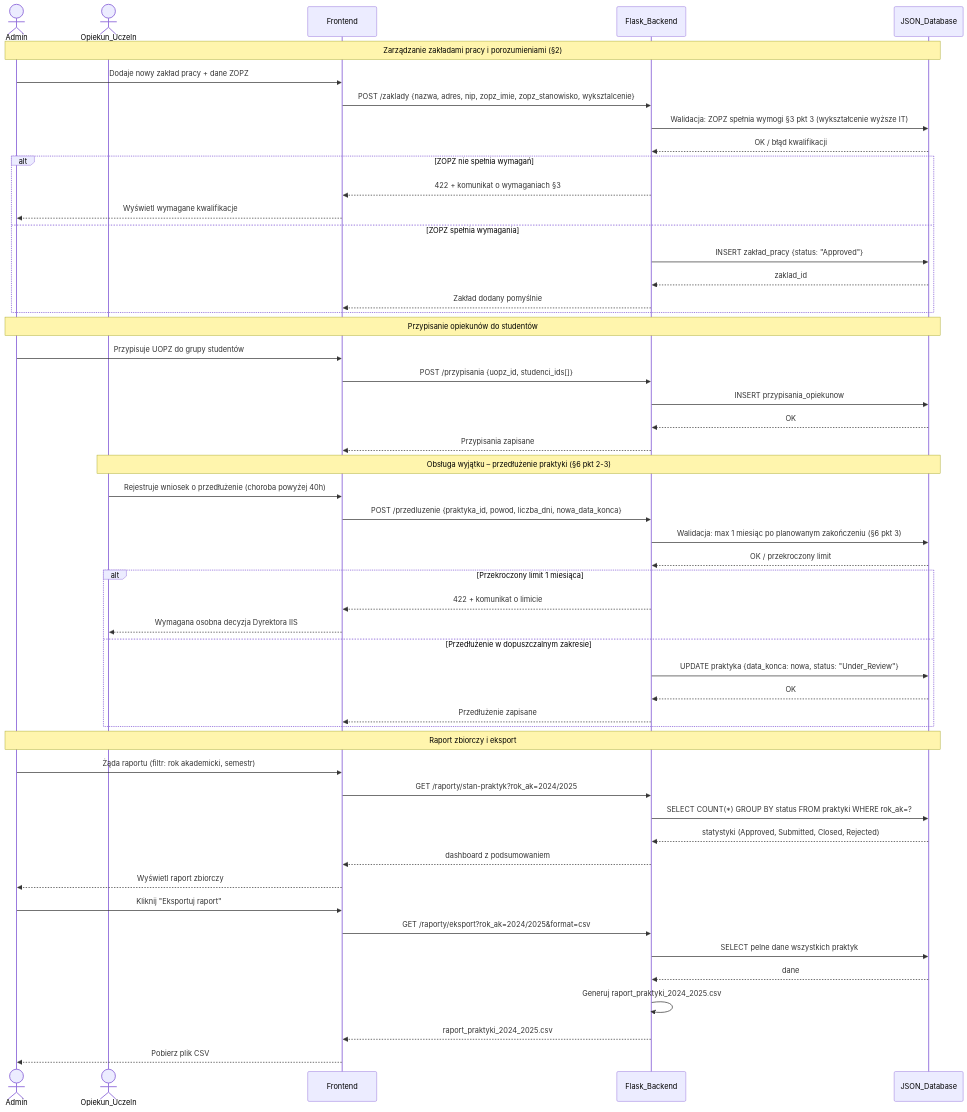
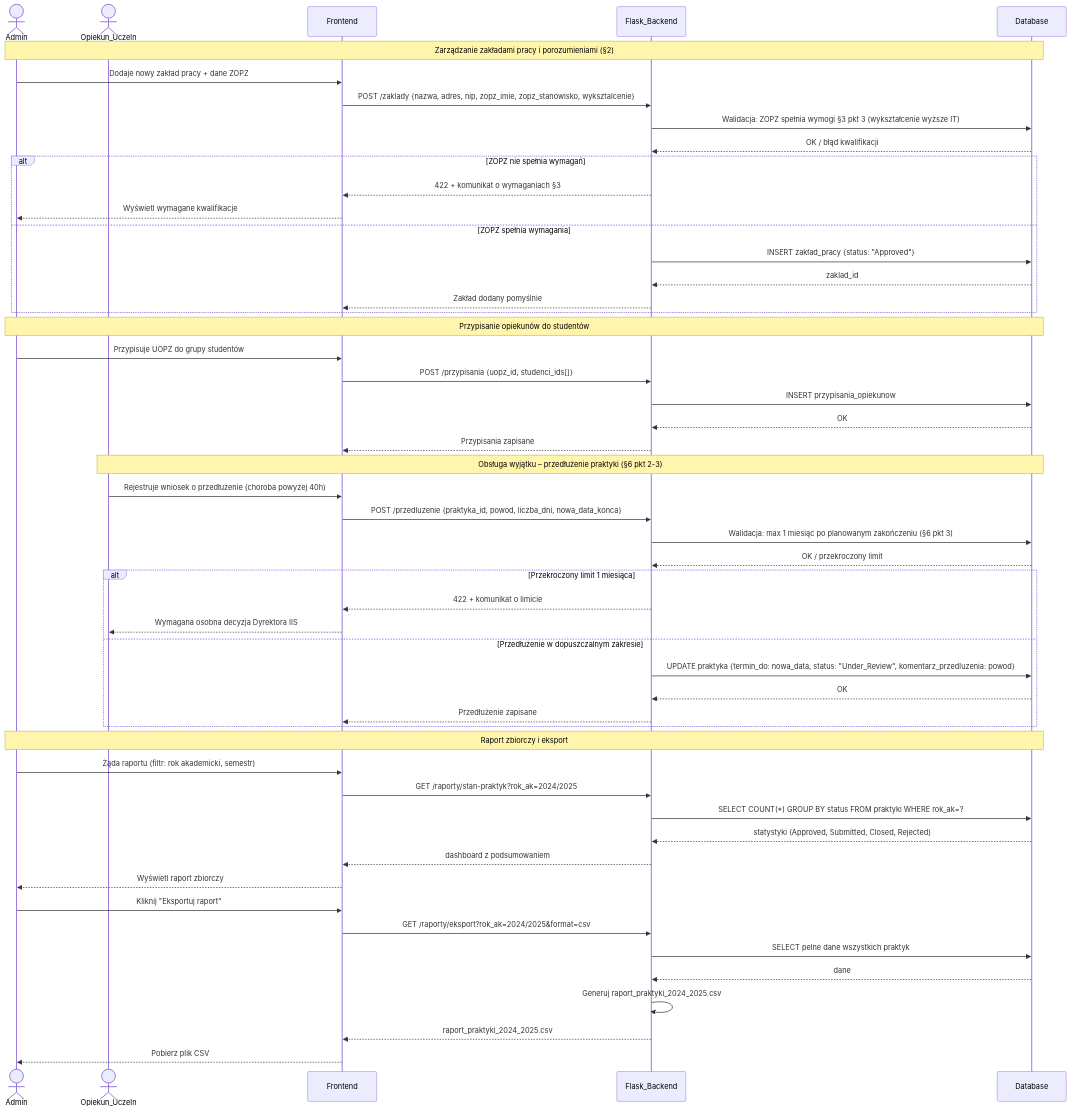
One commit to GacusPL/System-Obslugi-Praktyk-Zawodowych changed the diagram in docs/diagrams/sequence/09_administracja.md. Above: the diagram before and after it, drawn with Mermaid. The commit also changed 16 other files, not shown here.

````diff
--- a/docs/diagrams/sequence/09_administracja.md
+++ b/docs/diagrams/sequence/09_administracja.md
@@ -4,61 +4,61 @@
 ```mermaid
 sequenceDiagram
     actor Adm as Admin
     actor UOPZ as Opiekun_Uczeln
     participant FE as Frontend
     participant FB as Flask_Backend
-    participant J as JSON_Database
+    participant DB as Database
 
-    Note over Adm,J: Zarządzanie zakładami pracy i porozumieniami (§2)
+    Note over Adm,DB: Zarządzanie zakładami pracy i porozumieniami (§2)
     Adm->>FE: Dodaje nowy zakład pracy + dane ZOPZ
     FE->>FB: POST /zaklady {nazwa, adres, nip, zopz_imie, zopz_stanowisko, wyksztalcenie}
-    FB->>J: Walidacja: ZOPZ spełnia wymogi §3 pkt 3 (wykształcenie wyższe IT)
-    J-->>FB: OK / błąd kwalifikacji
+    FB->>DB: Walidacja: ZOPZ spełnia wymogi §3 pkt 3 (wykształcenie wyższe IT)
+    DB-->>FB: OK / błąd kwalifikacji
 
     alt ZOPZ nie spełnia wymagań
         FB-->>FE: 422 + komunikat o wymaganiach §3
         FE-->>Adm: Wyświetl wymagane kwalifikacje
     else ZOPZ spełnia wymagania
-        FB->>J: INSERT zakład_pracy {status: "Approved"}
-        J-->>FB: zaklad_id
+        FB->>DB: INSERT zakład_pracy {status: "Approved"}
+        DB-->>FB: zaklad_id
         FB-->>FE: Zakład dodany pomyślnie
     end
 
-    Note over Adm,J: Przypisanie opiekunów do studentów
+    Note over Adm,DB: Przypisanie opiekunów do studentów
     Adm->>FE: Przypisuje UOPZ do grupy studentów
     FE->>FB: POST /przypisania {uopz_id, studenci_ids[]}
-    FB->>J: INSERT przypisania_opiekunow
-    J-->>FB: OK
+    FB->>DB: INSERT przypisania_opiekunow
+    DB-->>FB: OK
     FB-->>FE: Przypisania zapisane
 
-    Note over UOPZ,J: Obsługa wyjątku – przedłużenie praktyki (§6 pkt 2-3)
+    Note over UOPZ,DB: Obsługa wyjątku – przedłużenie praktyki (§6 pkt 2-3)
     UOPZ->>FE: Rejestruje wniosek o przedłużenie (choroba powyżej 40h)
     FE->>FB: POST /przedluzenie {praktyka_id, powod, liczba_dni, nowa_data_konca}
-    FB->>J: Walidacja: max 1 miesiąc po planowanym zakończeniu (§6 pkt 3)
-    J-->>FB: OK / przekroczony limit
+    FB->>DB: Walidacja: max 1 miesiąc po planowanym zakończeniu (§6 pkt 3)
+    DB-->>FB: OK / przekroczony limit
 
     alt Przekroczony limit 1 miesiąca
         FB-->>FE: 422 + komunikat o limicie
         FE-->>UOPZ: Wymagana osobna decyzja Dyrektora IIS
     else Przedłużenie w dopuszczalnym zakresie
-        FB->>J: UPDATE praktyka {data_konca: nowa, status: "Under_Review"}
-        J-->>FB: OK
+        FB->>DB: UPDATE praktyka {termin_do: nowa_data, status: "Under_Review", komentarz_przedluzenia: powod}
+        DB-->>FB: OK
         FB-->>FE: Przedłużenie zapisane
     end
 
-    Note over Adm,J: Raport zbiorczy i eksport
+    Note over Adm,DB: Raport zbiorczy i eksport
     Adm->>FE: Żąda raportu (filtr: rok akademicki, semestr)
     FE->>FB: GET /raporty/stan-praktyk?rok_ak=2024/2025
-    FB->>J: SELECT COUNT(*) GROUP BY status FROM praktyki WHERE rok_ak=?
-    J-->>FB: statystyki (Approved, Submitted, Closed, Rejected)
+    FB->>DB: SELECT COUNT(*) GROUP BY status FROM praktyki WHERE rok_ak=?
+    DB-->>FB: statystyki (Approved, Submitted, Closed, Rejected)
     FB-->>FE: dashboard z podsumowaniem
     FE-->>Adm: Wyświetl raport zbiorczy
 
     Adm->>FE: Kliknij "Eksportuj raport"
     FE->>FB: GET /raporty/eksport?rok_ak=2024/2025&format=csv
-    FB->>J: SELECT pelne dane wszystkich praktyk
-    J-->>FB: dane
+    FB->>DB: SELECT pelne dane wszystkich praktyk
+    DB-->>FB: dane
     FB->>FB: Generuj raport_praktyki_2024_2025.csv
     FB-->>FE: raport_praktyki_2024_2025.csv
     FE-->>Adm: Pobierz plik CSV
 ```
````
